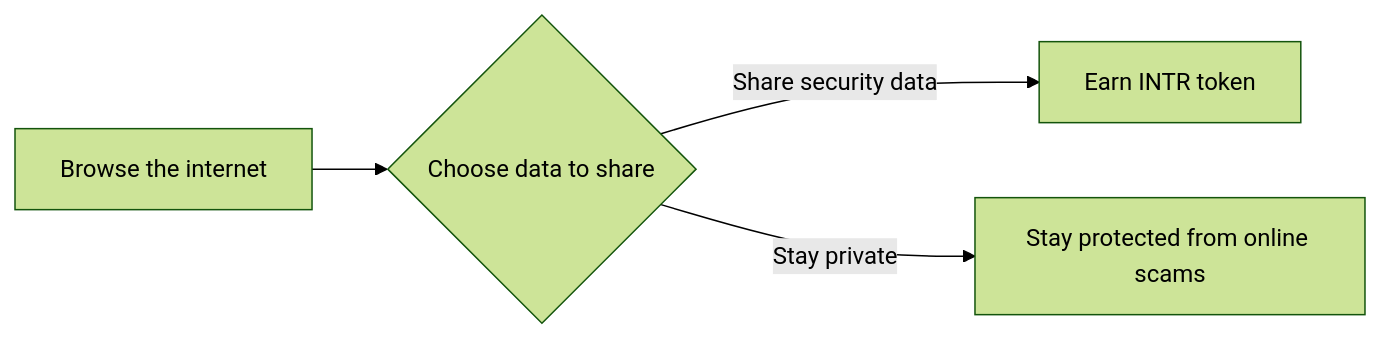
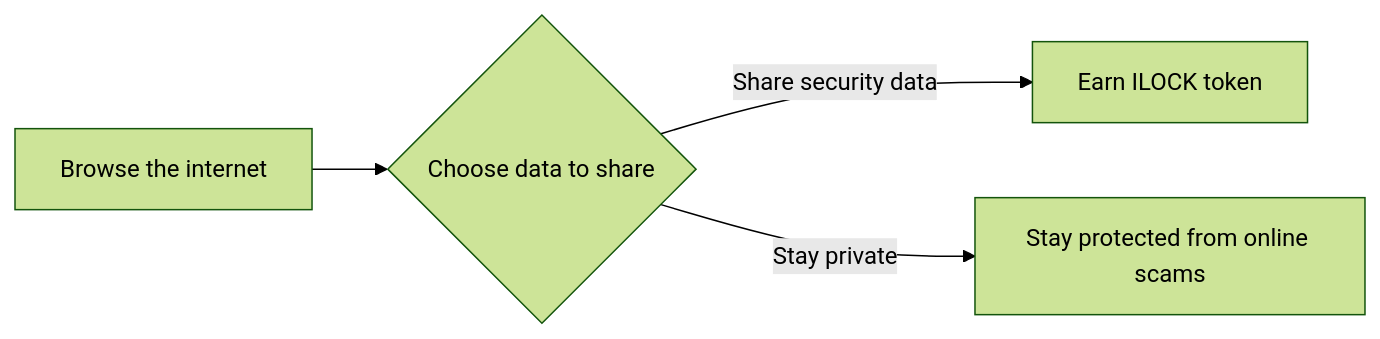
The diagram in README.md (interlock-network/interlock-docs), drawn with Mermaid before and after one commit. The commit also changed other lines of this file, not shown here.

````diff
--- a/README.md
+++ b/README.md
@@ -10,7 +10,7 @@
 ```mermaid
 %%{init: { 'theme': 'forest' } }%%
 graph LR
     A[Browse the internet] --> B{Choose data to share}
-    B -->|Share security data| C[Earn INTR token]
+    B -->|Share security data| C[Earn ILOCK token]
     B -->|Stay private| D[Stay protected from online scams]
 ```
````
